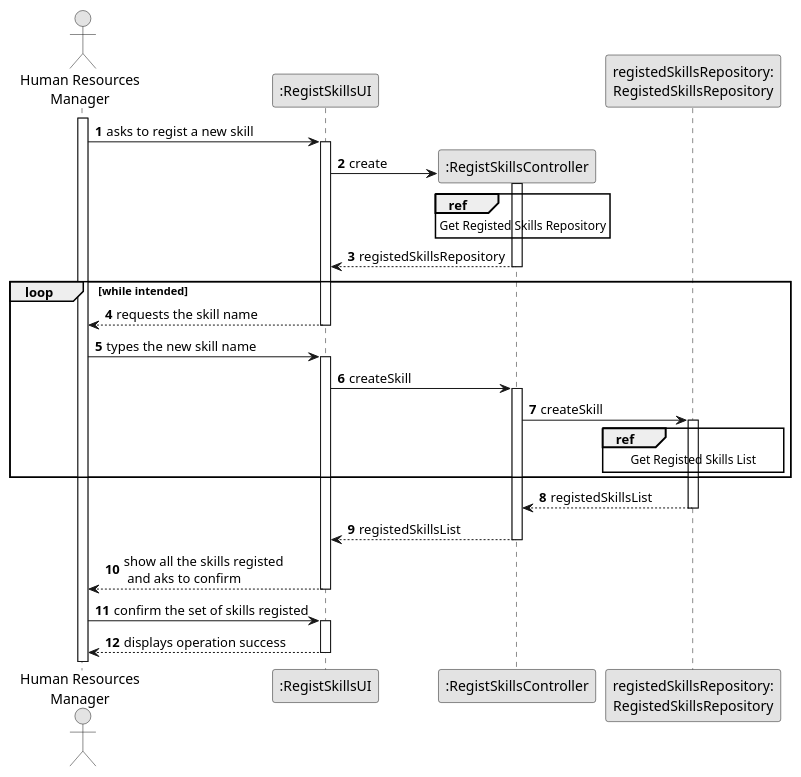
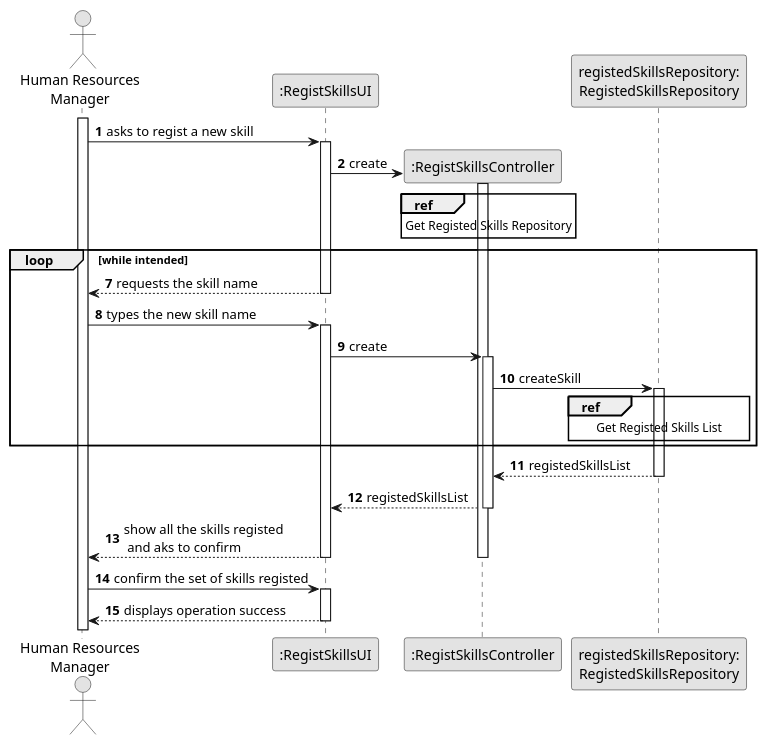
One commit to 1231360-ISEP/lei-24-s2-1db-g021 changed the diagram in docs/sprint2/us001/03.design/puml/us001-sequence-diagram-split.puml. Above: the diagram before and after it, drawn with PlantUML. The commit also changed 5 other files, not shown here.

Commit message:
Update US01 - Sequence Diagrams Partial and split and SVG´s

```diff
--- a/docs/sprint2/us001/03.design/puml/us001-sequence-diagram-split.puml
+++ b/docs/sprint2/us001/03.design/puml/us001-sequence-diagram-split.puml
@@ -1,65 +1,66 @@
 @startuml
 skinparam monochrome true
 skinparam packageStyle rectangle
 skinparam shadowing false
 
 actor "Human Resources\nManager" as HRM
 participant ":RegistSkillsUI" as UI
 participant ":RegistSkillsController" as CTRL
 participant "registedSkillsRepository:\nRegistedSkillsRepository" as RegistedSkillsRepository
 
 autonumber 1
 
 activate HRM
 
     HRM -> UI : asks to regist a new skill
-    activate UI
+activate UI
 
-        UI -> CTRL** : create
+    UI -> CTRL** : create
 
-        activate CTRL
+activate CTRL
 
-        ref over CTRL
-            Get Registed Skills Repository
-        end ref
+ref over CTRL
+    Get Registed Skills Repository
+end ref
 
-        UI <-- CTRL : registedSkillsRepository
-        deactivate CTRL
+deactivate CTRL
 
-    loop while intended
-            UI --> HRM : requests the skill name
-        deactivate UI
+loop while intended
 
-        HRM -> UI : types the new skill name
-        activate UI
-            UI -> CTRL: createSkill
-        activate CTRL
-
-            CTRL -> RegistedSkillsRepository : createSkill
-        activate RegistedSkillsRepository
-
-        ref over RegistedSkillsRepository
-            Get Registed Skills List
-        end ref
-
-    end
-
-    RegistedSkillsRepository --> CTRL : registedSkillsList
-    deactivate RegistedSkillsRepository
-
-    CTRL --> UI : registedSkillsList
-    deactivate CTRL
-
-    UI --> HRM : show all the skills registed\n and aks to confirm
-
-    deactivate CTRL
+    autonumber 7
+        UI --> HRM : requests the skill name
     deactivate UI
 
-    HRM -> UI : confirm the set of skills registed
+    HRM -> UI : types the new skill name
     activate UI
+        UI -> CTRL: create
+    activate CTRL
 
-    UI --> HRM : displays operation success
-    deactivate UI
+        CTRL -> RegistedSkillsRepository : createSkill
+    activate RegistedSkillsRepository
+
+    ref over RegistedSkillsRepository
+        Get Registed Skills List
+    end ref
+
+end
+
+RegistedSkillsRepository --> CTRL : registedSkillsList
+deactivate RegistedSkillsRepository
+
+CTRL --> UI : registedSkillsList
+deactivate CTRL
+
+UI --> HRM : show all the skills registed\n and aks to confirm
+
+deactivate CTRL
+deactivate UI
+
+HRM -> UI : confirm the set of skills registed
+activate UI
+
+UI --> HRM : displays operation success
+deactivate UI
 
 
 @enduml
```
